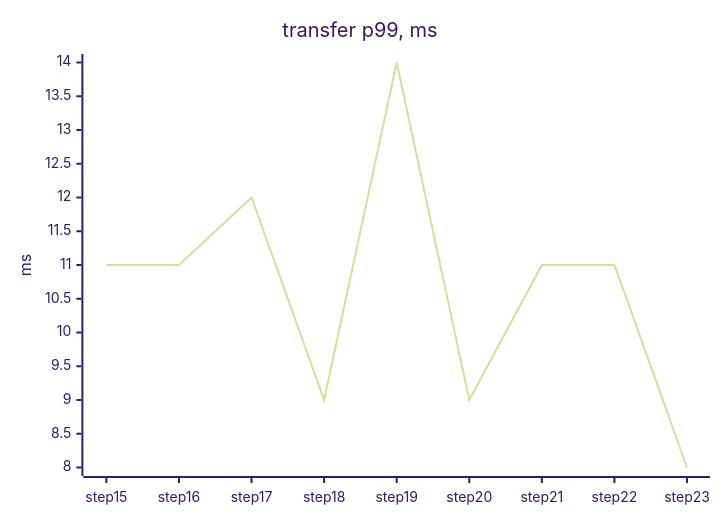
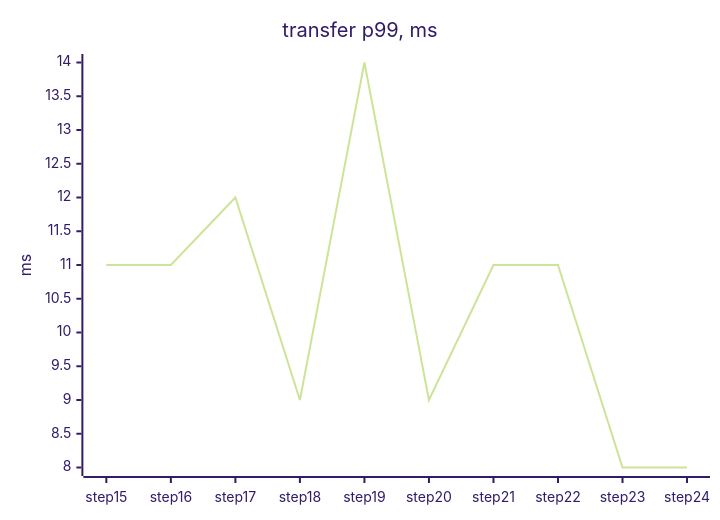
The first of 4 diagrams in docs/perf/README.md (tanvoid0/ledgerflow), drawn with Mermaid (forest theme) before and after one commit. The commit also changed other lines of this file and 5 other files, not shown here.

````diff
--- a/docs/perf/README.md
+++ b/docs/perf/README.md
@@ -26,7 +27,7 @@
 ```mermaid
 xychart-beta
     title "transfer p99, ms"
-    x-axis ["step15", "step16", "step17", "step18", "step19", "step20", "step21", "step22", "step23"]
+    x-axis ["step15", "step16", "step17", "step18", "step19", "step20", "step21", "step22", "step23", "step24"]
     y-axis "ms"
-    line [11, 11, 12, 9, 14, 9, 11, 11, 8]
+    line [11, 11, 12, 9, 14, 9, 11, 11, 8, 8]
 ```
````
